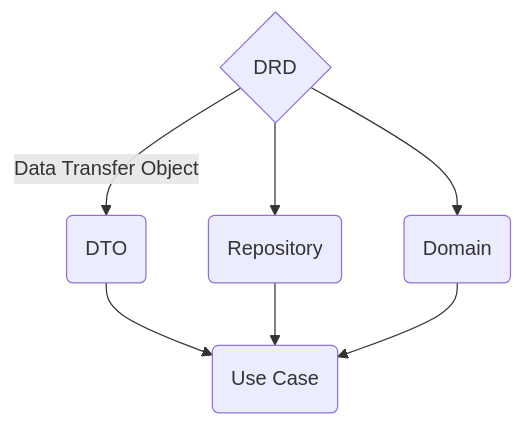
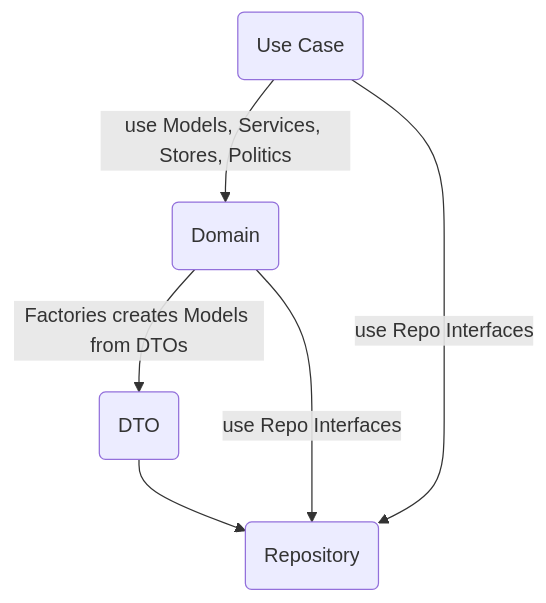
The diagram in pages/learn/architecture/drd-frontend.mdx (Walikuperek/quak-docs), drawn with Mermaid before and after one commit. The commit also changed other lines of this file and 235 other files, not shown here.

````diff
--- a/pages/learn/architecture/drd-frontend.mdx
+++ b/pages/learn/architecture/drd-frontend.mdx
@@ -18,12 +14,14 @@
 ```mermaid
 flowchart TD
-    C{DRD}
-    C -->|Data Transfer Object| D(DTO)
-    C --> E(Repository)
-    C --> F(Domain)
+    D(DTO)
+    E(Repository)
+    F(Domain)
+    G(Use Case)
 
-    G(Use Case)
-    D --> G
-    E --> G
-    F --> G
+    D --> E
+    F -->|Factories creates Models from DTOs| D
+    F -->|use Repo Interfaces| E
+
+    G -->|use Models, Services, Stores, Politics| F
+    G -->|use Repo Interfaces| E
 ```
````
